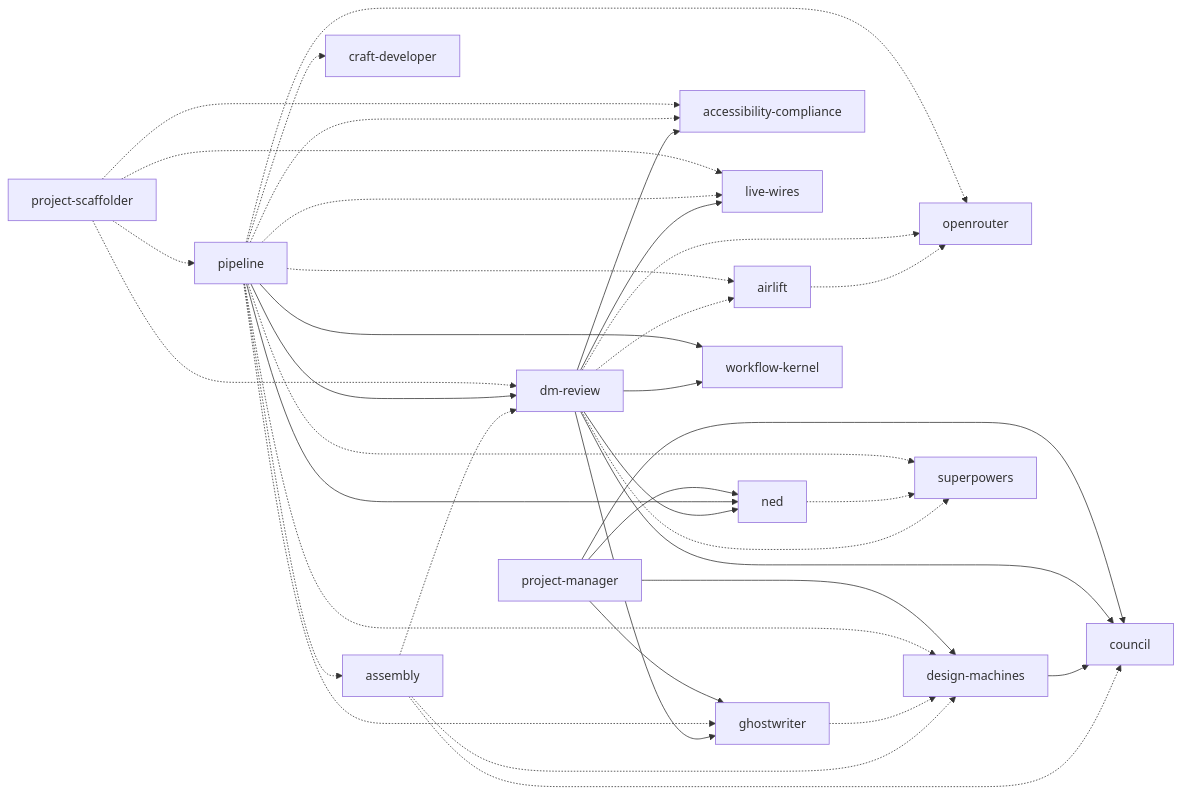
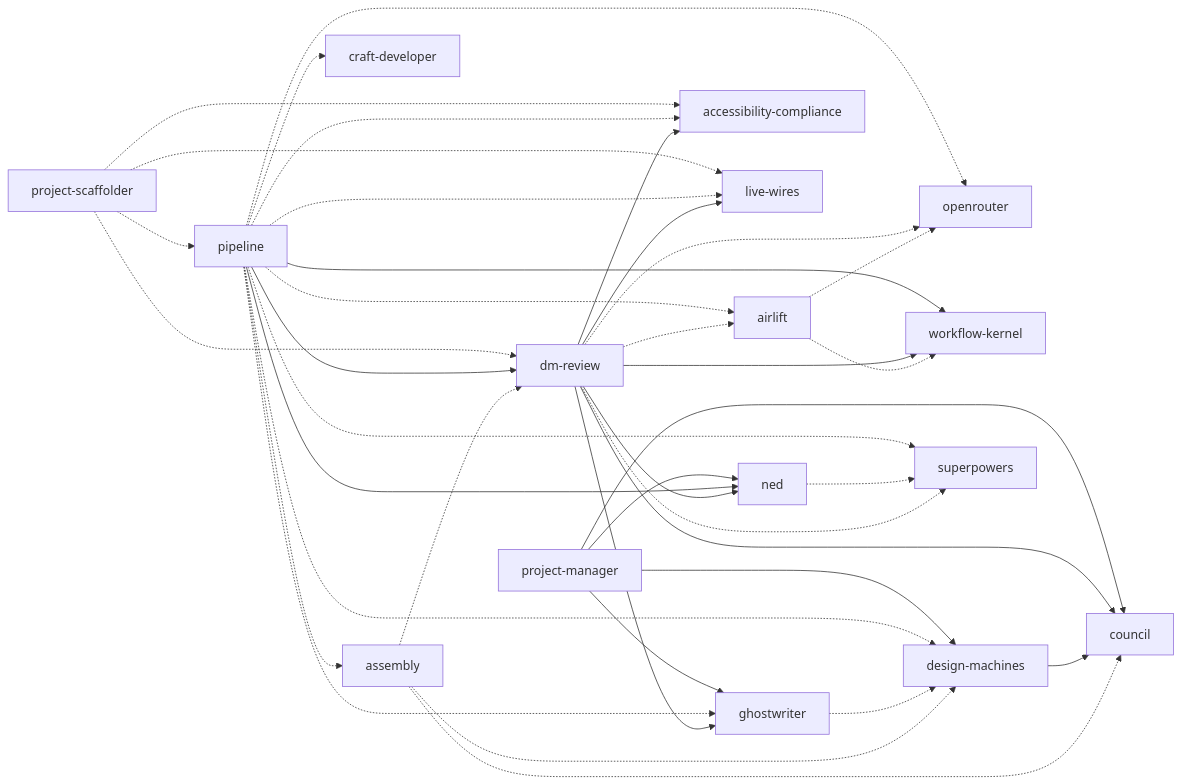
One commit to Design-Machines-Studio/depot changed the diagram in docs/dependency-graph.md. Above: the diagram before and after it, drawn with Mermaid. The commit also changed other lines of this file and 28 other files, not shown here.

````diff
--- a/docs/dependency-graph.md
+++ b/docs/dependency-graph.md
@@ -5,39 +5,40 @@
 ```mermaid
 graph LR
   airlift -.-> openrouter
+  airlift -.-> workflow-kernel
   assembly -.-> council
   assembly -.-> design-machines
   assembly -.-> dm-review
   design-machines --> council
   dm-review --> accessibility-compliance
   dm-review --> live-wires
   dm-review --> ghostwriter
   dm-review --> council
   dm-review --> ned
   dm-review --> workflow-kernel
   dm-review -.-> superpowers
   dm-review -.-> airlift
   dm-review -.-> openrouter
   ghostwriter -.-> design-machines
   ned -.-> superpowers
   pipeline --> dm-review
   pipeline --> ned
   pipeline --> workflow-kernel
   pipeline -.-> design-machines
   pipeline -.-> assembly
   pipeline -.-> live-wires
   pipeline -.-> craft-developer
   pipeline -.-> accessibility-compliance
   pipeline -.-> ghostwriter
   pipeline -.-> superpowers
   pipeline -.-> airlift
   pipeline -.-> openrouter
   project-manager --> ned
   project-manager --> design-machines
   project-manager --> ghostwriter
   project-manager --> council
   project-scaffolder -.-> live-wires
   project-scaffolder -.-> dm-review
   project-scaffolder -.-> pipeline
   project-scaffolder -.-> accessibility-compliance
 ```
````
